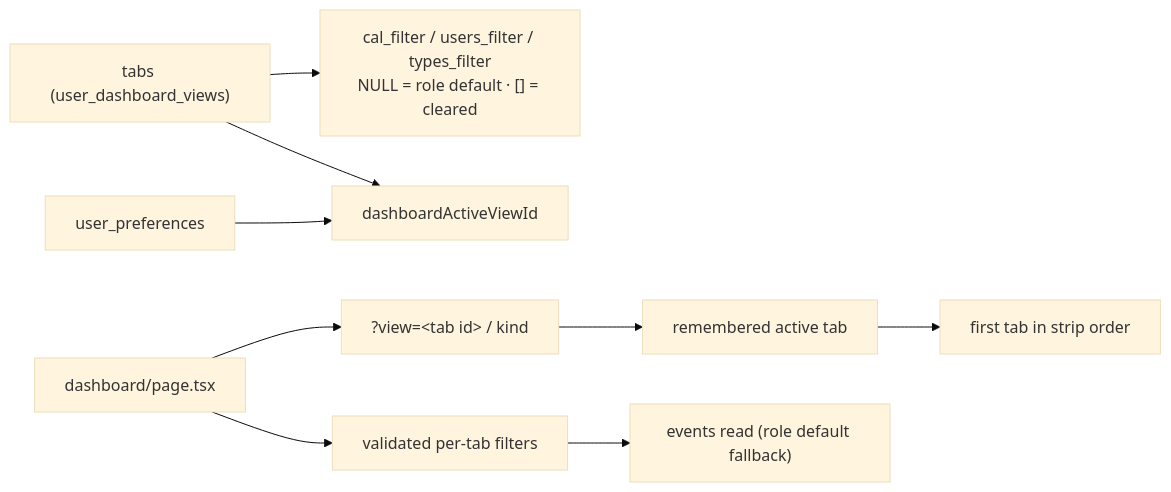
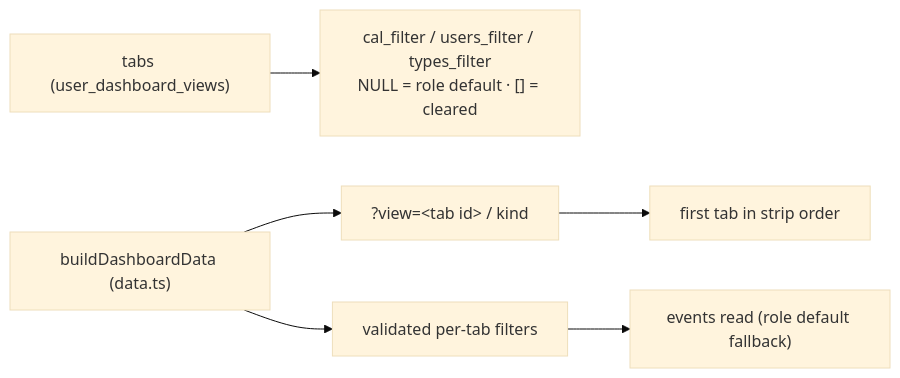
Before and after one commit to oncloudnintynineone-source/cloudy2: the diagram in docs/ui-state.md, drawn with Mermaid (base theme). The commit also changed other lines of this file and 17 other files, not shown here.

Commit message:
Remove remembered dashboard view; cold-load to first tab

````diff
--- a/docs/ui-state.md
+++ b/docs/ui-state.md
@@ -132,11 +133,8 @@
 ```mermaid
 flowchart LR
  T["tabs (user_dashboard_views)"] --> ROW["cal_filter / users_filter / types_filter<br/>NULL = role default · [] = cleared"]
- PREF["user_preferences"] --> ACTIVE["dashboardActiveViewId"]
- T --> ACTIVE
- PAGE["dashboard/page.tsx"] --> R1["?view=&lt;tab id&gt; / kind"]
- R1 --> R2["remembered active tab"]
- R2 --> R3["first tab in strip order"]
- PAGE --> FILT["validated per-tab filters"]
+ DATA["buildDashboardData (data.ts)"] --> R1["?view=&lt;tab id&gt; / kind"]
+ R1 --> R2["first tab in strip order"]
+ DATA --> FILT["validated per-tab filters"]
  FILT --> FETCH["events read (role default fallback)"]
 ```
````
